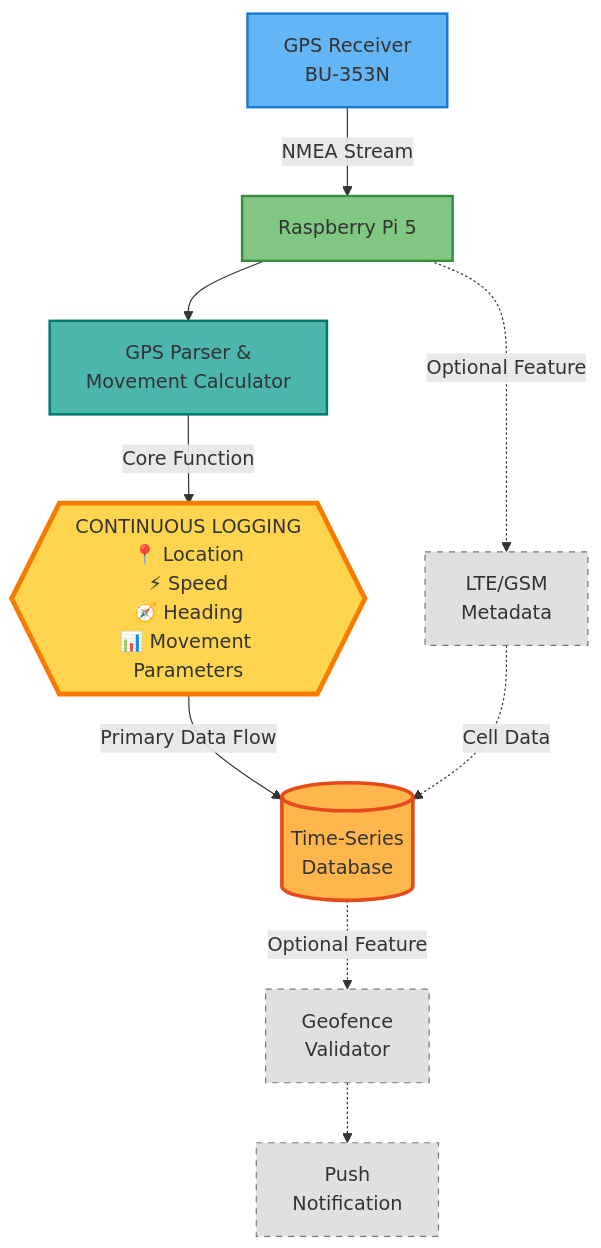
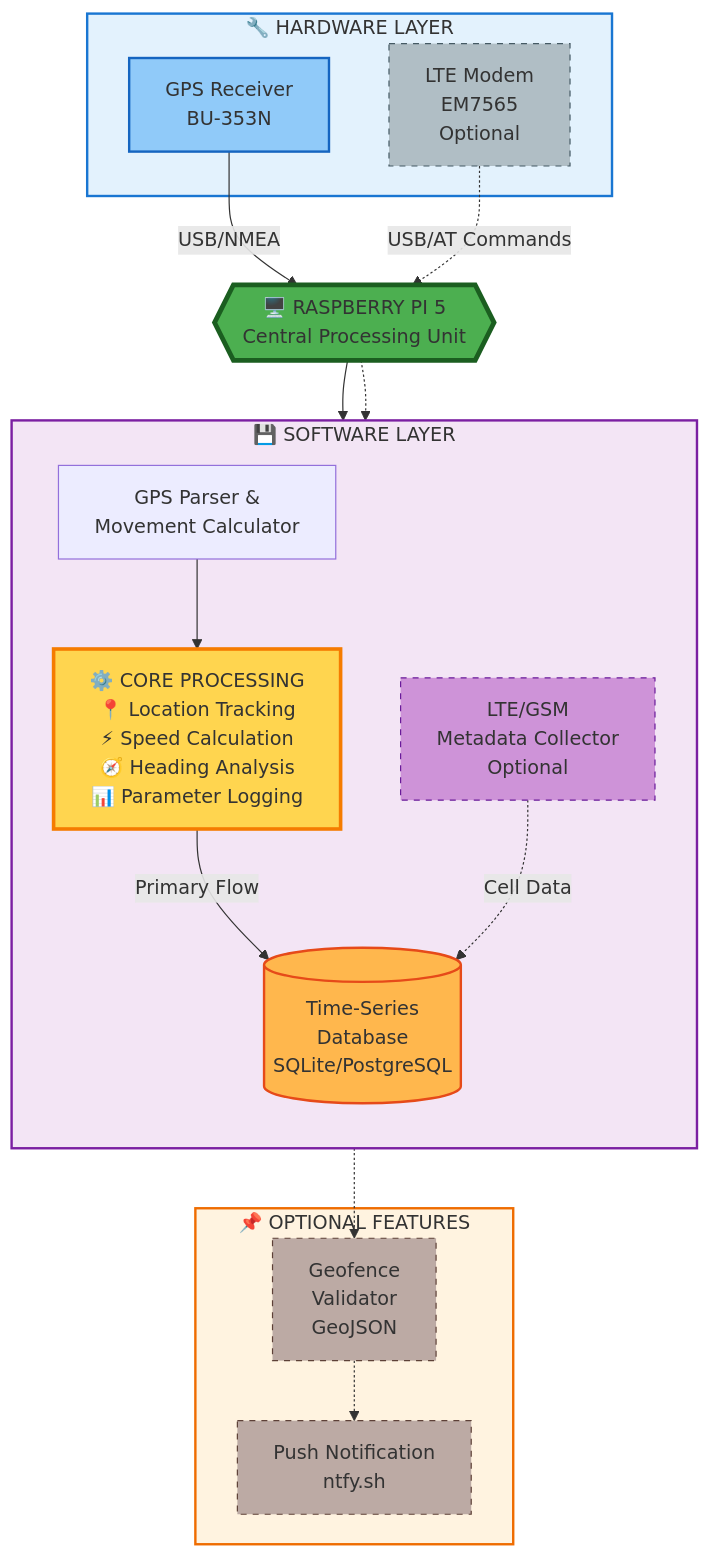
The diagram in README.md (cramos93/Raspberry-Pi-GPS-Cellular-Data-Logger), drawn with Mermaid before and after one commit.

Commit message:
README.md

````diff
--- a/README.md
+++ b/README.md
@@ -76,25 +76,44 @@
 ```mermaid
 graph TB
-    GPS[GPS Receiver<br/>BU-353N] -->|NMEA Stream| PI[Raspberry Pi 5]
+    subgraph HW["🔧 HARDWARE LAYER"]
+        GPS[GPS Receiver<br/>BU-353N]
+        LTE[LTE Modem<br/>EM7565<br/>Optional]
+    end
     
-    PI --> PARSE[GPS Parser &<br/>Movement Calculator]
+    GPS -->|USB/NMEA| PI{{"🖥️ RASPBERRY PI 5<br/>Central Processing Unit"}}
+    LTE -.->|USB/AT Commands| PI
     
-    PARSE -->|Core Function| CORE{{"CONTINUOUS LOGGING<br/>📍 Location<br/>⚡ Speed<br/>🧭 Heading<br/>📊 Movement Parameters"}}
+    subgraph SW["💾 SOFTWARE LAYER"]
+        direction TB
+        PARSE[GPS Parser &<br/>Movement Calculator]
+        CORE["⚙️ CORE PROCESSING<br/>📍 Location Tracking<br/>⚡ Speed Calculation<br/>🧭 Heading Analysis<br/>📊 Parameter Logging"]
+        DB[(Time-Series<br/>Database<br/>SQLite/PostgreSQL)]
+        META[LTE/GSM<br/>Metadata Collector<br/>Optional]
+    end
     
-    CORE -->|Primary Data Flow| DB[(Time-Series<br/>Database)]
-    
-    DB -.->|Optional Feature| FENCE[Geofence<br/>Validator]
-    FENCE -.-> NOTIFY[Push<br/>Notification]
-    
-    PI -.->|Optional Feature| META[LTE/GSM<br/>Metadata]
+    PI --> PARSE
+    PI -.-> META
+    PARSE --> CORE
+    CORE -->|Primary Flow| DB
     META -.->|Cell Data| DB
     
-    style GPS fill:#64b5f6,stroke:#1976d2,stroke-width:2px
-    style PI fill:#81c784,stroke:#388e3c,stroke-width:2px
-    style PARSE fill:#4db6ac,stroke:#00796b,stroke-width:2px
-    style CORE fill:#ffd54f,stroke:#f57c00,stroke-width:4px
-    style DB fill:#ffb74d,stroke:#e64a19,stroke-width:3px
-    style FENCE fill:#e0e0e0,stroke:#757575,stroke-width:1px,stroke-dasharray: 5 5
-    style NOTIFY fill:#e0e0e0,stroke:#757575,stroke-width:1px,stroke-dasharray: 5 5
-    style META fill:#e0e0e0,stroke:#757575,stroke-width:1px,stroke-dasharray: 5 5
+    subgraph OPT["📌 OPTIONAL FEATURES"]
+        FENCE[Geofence<br/>Validator<br/>GeoJSON]
+        NOTIFY[Push Notification<br/>ntfy.sh]
+    end
+    
+    DB -.-> FENCE
+    FENCE -.-> NOTIFY
+    
+    style HW fill:#e3f2fd,stroke:#1976d2,stroke-width:2px
+    style SW fill:#f3e5f5,stroke:#7b1fa2,stroke-width:2px
+    style OPT fill:#fff3e0,stroke:#ef6c00,stroke-width:2px
+    style PI fill:#4caf50,stroke:#1b5e20,stroke-width:4px
+    style CORE fill:#ffd54f,stroke:#f57c00,stroke-width:3px
+    style DB fill:#ffb74d,stroke:#e64a19,stroke-width:2px
+    style GPS fill:#90caf9,stroke:#1565c0,stroke-width:2px
+    style LTE fill:#b0bec5,stroke:#455a64,stroke-width:1px,stroke-dasharray: 5 5
+    style META fill:#ce93d8,stroke:#6a1b9a,stroke-width:1px,stroke-dasharray: 5 5
+    style FENCE fill:#bcaaa4,stroke:#5d4037,stroke-width:1px,stroke-dasharray: 5 5
+    style NOTIFY fill:#bcaaa4,stroke:#5d4037,stroke-width:1px,stroke-dasharray: 5 5
 ```
````
